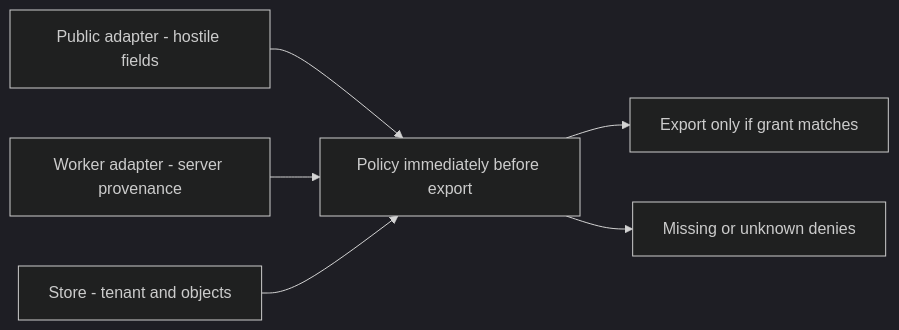
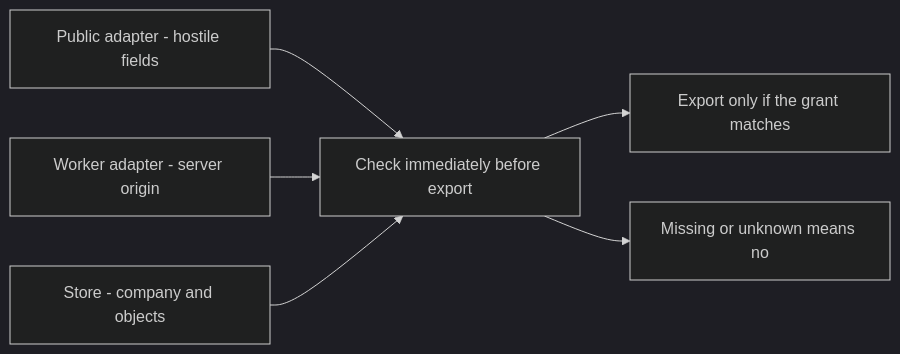
Before and after one commit to ishitvagoel/LearnSecurity: the diagram in content/modules/1/1.3/lessons/02-model.md, drawn with Mermaid (dark theme). The commit also changed other lines of this file and 44 other files, not shown here.

````diff
--- a/content/modules/1/1.3/lessons/02-model.md
+++ b/content/modules/1/1.3/lessons/02-model.md
@@ -20,8 +19,8 @@
 ```mermaid
 flowchart LR
-  Pub["Public adapter - hostile fields"] --> Policy[Policy immediately before export]
-  Worker["Worker adapter - server provenance"] --> Policy
-  Store["Store - tenant and objects"] --> Policy
-  Policy --> Allow["Export only if grant matches"]
-  Policy --> Deny["Missing or unknown denies"]
+  Pub[Public adapter - hostile fields] --> Policy[Check immediately before export]
+  Worker[Worker adapter - server origin] --> Policy
+  Store[Store - company and objects] --> Policy
+  Policy --> Allow[Export only if the grant matches]
+  Policy --> Deny[Missing or unknown means no]
 ```
````
